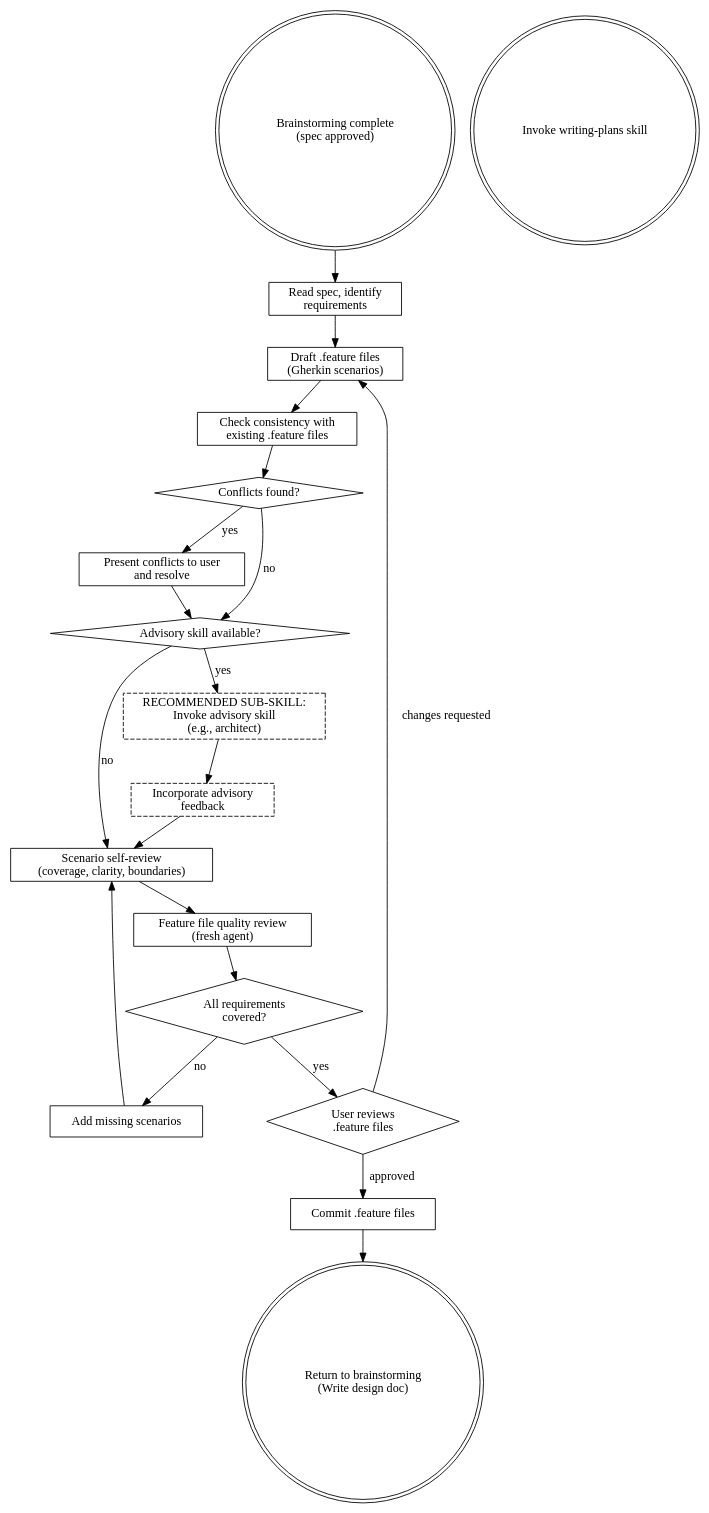
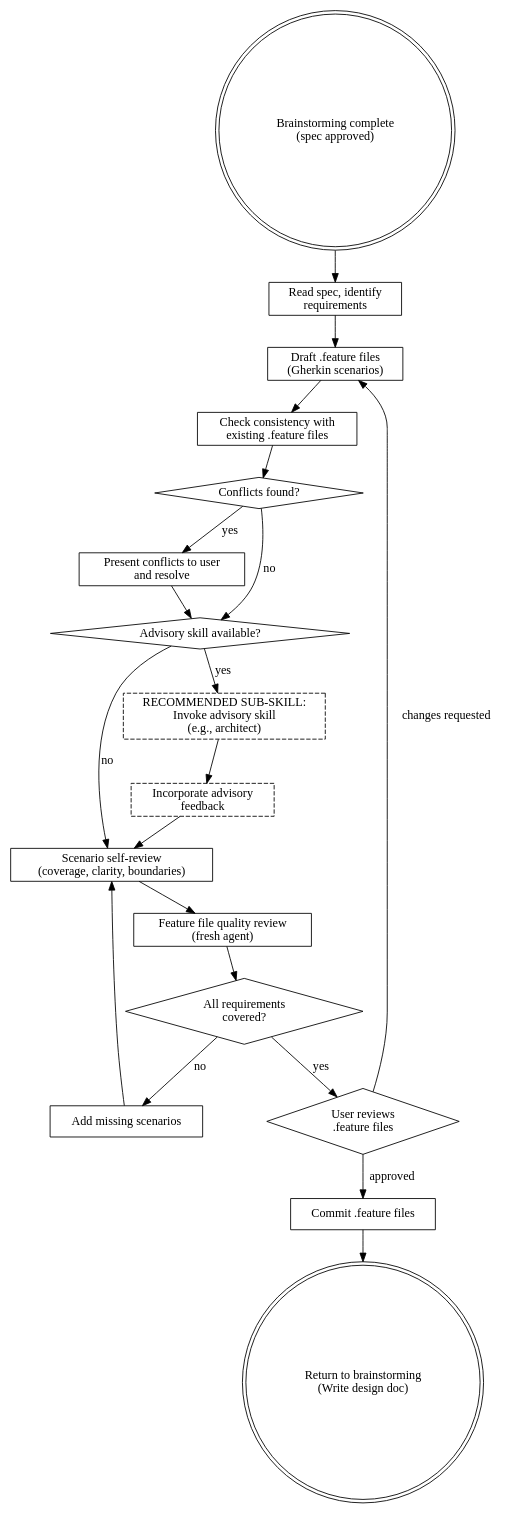
One commit to florian23/superflowers changed the diagram in skills/feature-design/SKILL.md. Above: the diagram before and after it, drawn with Graphviz. The commit also changed other lines of this file, not shown here.

First line of the commit message:
Improve feature-design skill based on eval findings

````diff
--- a/skills/feature-design/SKILL.md
+++ b/skills/feature-design/SKILL.md
@@ -41,42 +43,41 @@
 ```dot
 digraph feature_design {
     "Brainstorming complete\n(spec approved)" [shape=doublecircle];
     "Read spec, identify\nrequirements" [shape=box];
     "Draft .feature files\n(Gherkin scenarios)" [shape=box];
     "Advisory skill available?" [shape=diamond];
     "RECOMMENDED SUB-SKILL:\nInvoke advisory skill\n(e.g., architect)" [shape=box style=dashed];
     "Incorporate advisory\nfeedback" [shape=box style=dashed];
     "Scenario self-review\n(coverage, clarity, boundaries)" [shape=box];
     "All requirements\ncovered?" [shape=diamond];
     "Add missing scenarios" [shape=box];
     "User reviews\n.feature files" [shape=diamond];
     "Commit .feature files" [shape=box];
-    "Invoke writing-plans skill" [shape=doublecircle];
 
     "Brainstorming complete\n(spec approved)" -> "Read spec, identify\nrequirements";
     "Read spec, identify\nrequirements" -> "Draft .feature files\n(Gherkin scenarios)";
     "Check consistency with\nexisting .feature files" [shape=box];
     "Conflicts found?" [shape=diamond];
     "Present conflicts to user\nand resolve" [shape=box];
     "Feature file quality review\n(fresh agent)" [shape=box];
 
     "Draft .feature files\n(Gherkin scenarios)" -> "Check consistency with\nexisting .feature files";
     "Check consistency with\nexisting .feature files" -> "Conflicts found?";
     "Conflicts found?" -> "Present conflicts to user\nand resolve" [label="yes"];
     "Conflicts found?" -> "Advisory skill available?" [label="no"];
     "Present conflicts to user\nand resolve" -> "Advisory skill available?";
     "Advisory skill available?" -> "RECOMMENDED SUB-SKILL:\nInvoke advisory skill\n(e.g., architect)" [label="yes"];
     "Advisory skill available?" -> "Scenario self-review\n(coverage, clarity, boundaries)" [label="no"];
     "RECOMMENDED SUB-SKILL:\nInvoke advisory skill\n(e.g., architect)" -> "Incorporate advisory\nfeedback";
     "Incorporate advisory\nfeedback" -> "Scenario self-review\n(coverage, clarity, boundaries)";
     "Scenario self-review\n(coverage, clarity, boundaries)" -> "Feature file quality review\n(fresh agent)";
     "Feature file quality review\n(fresh agent)" -> "All requirements\ncovered?";
     "All requirements\ncovered?" -> "Add missing scenarios" [label="no"];
     "Add missing scenarios" -> "Scenario self-review\n(coverage, clarity, boundaries)";
     "All requirements\ncovered?" -> "User reviews\n.feature files" [label="yes"];
     "User reviews\n.feature files" -> "Draft .feature files\n(Gherkin scenarios)" [label="changes requested"];
     "User reviews\n.feature files" -> "Commit .feature files" [label="approved"];
     "Commit .feature files" -> "Return to brainstorming\n(Write design doc)";
     "Return to brainstorming\n(Write design doc)" [shape=doublecircle];
 }
 ```
````
